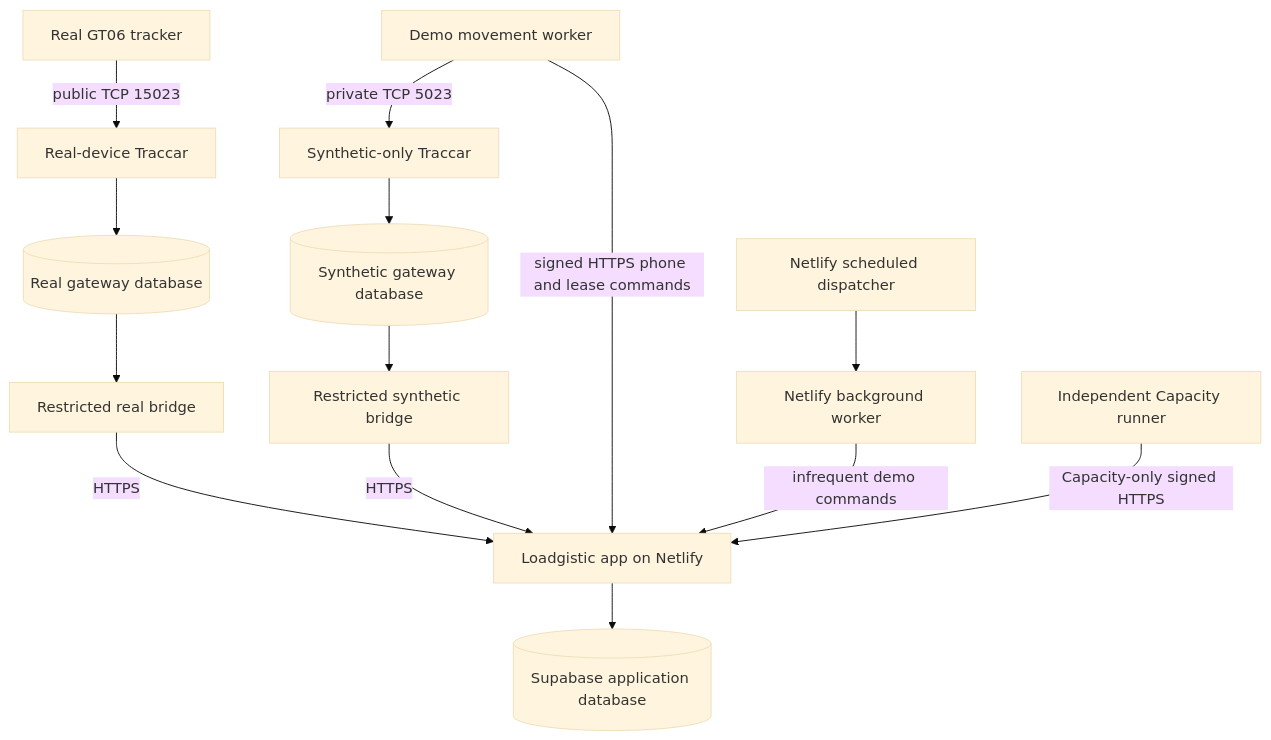
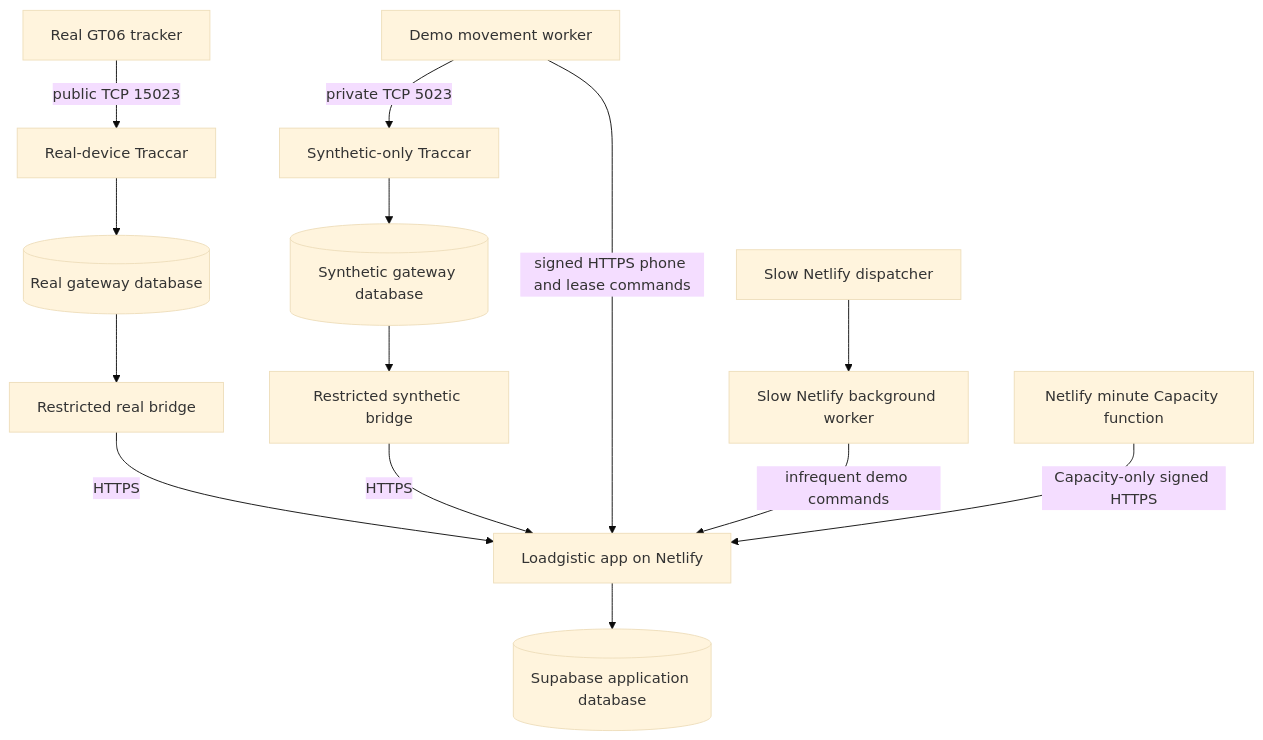
Before and after one commit to falmata-tech/loadgistic: the diagram in docs/operations/DEMO-GPS-HOSTING.md, drawn with Mermaid (base theme). The commit also changed other lines of this file and 8 other files, not shown here.

First line of the commit message:
docs: separate app development and Netlify simulation from local Docker

````diff
--- a/docs/operations/DEMO-GPS-HOSTING.md
+++ b/docs/operations/DEMO-GPS-HOSTING.md
@@ -49,16 +60,16 @@
 ```mermaid
 flowchart TD
   device[Real GT06 tracker] -->|public TCP 15023| real[Real-device Traccar]
   real --> realdb[(Real gateway database)]
   realdb --> realbridge[Restricted real bridge]
   realbridge -->|HTTPS| app[Loadgistic app on Netlify]
   motion[Demo movement worker] -->|private TCP 5023| synthetic[Synthetic-only Traccar]
   synthetic --> syntheticdb[(Synthetic gateway database)]
   syntheticdb --> syntheticbridge[Restricted synthetic bridge]
   syntheticbridge -->|HTTPS| app
   motion -->|signed HTTPS phone and lease commands| app
   app --> appdb[(Supabase application database)]
-  schedule[Netlify scheduled dispatcher] --> worker[Netlify background worker]
+  schedule[Slow Netlify dispatcher] --> worker[Slow Netlify background worker]
   worker -->|infrequent demo commands| app
-  scenarios[Independent Capacity runner] -->|Capacity-only signed HTTPS| app
+  scenarios[Netlify minute Capacity function] -->|Capacity-only signed HTTPS| app
 ```
````
